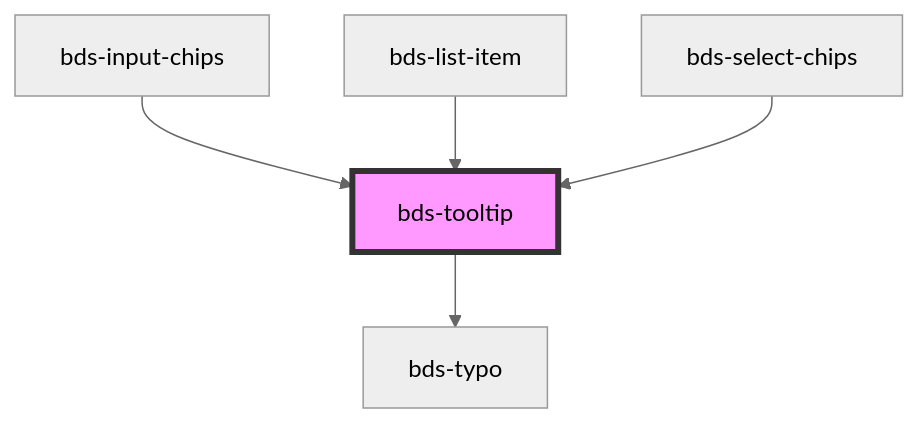
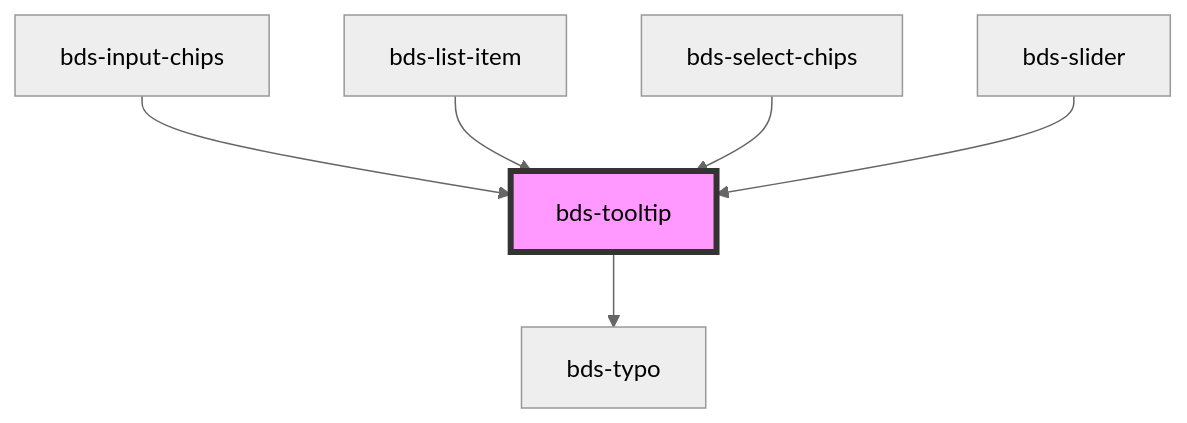
The diagram in src/components/tooltip/readme.md (takenet/blip-ds), drawn with Mermaid (neutral theme) before and after one commit. The commit also changed other lines of this file and 10 other files, not shown here.

````diff
--- a/src/components/tooltip/readme.md
+++ b/src/components/tooltip/readme.md
@@ -44,8 +55,9 @@
 ```mermaid
 graph TD;
   bds-tooltip --> bds-typo
   bds-input-chips --> bds-tooltip
   bds-list-item --> bds-tooltip
   bds-select-chips --> bds-tooltip
+  bds-slider --> bds-tooltip
   style bds-tooltip fill:#f9f,stroke:#333,stroke-width:4px
 ```
````
